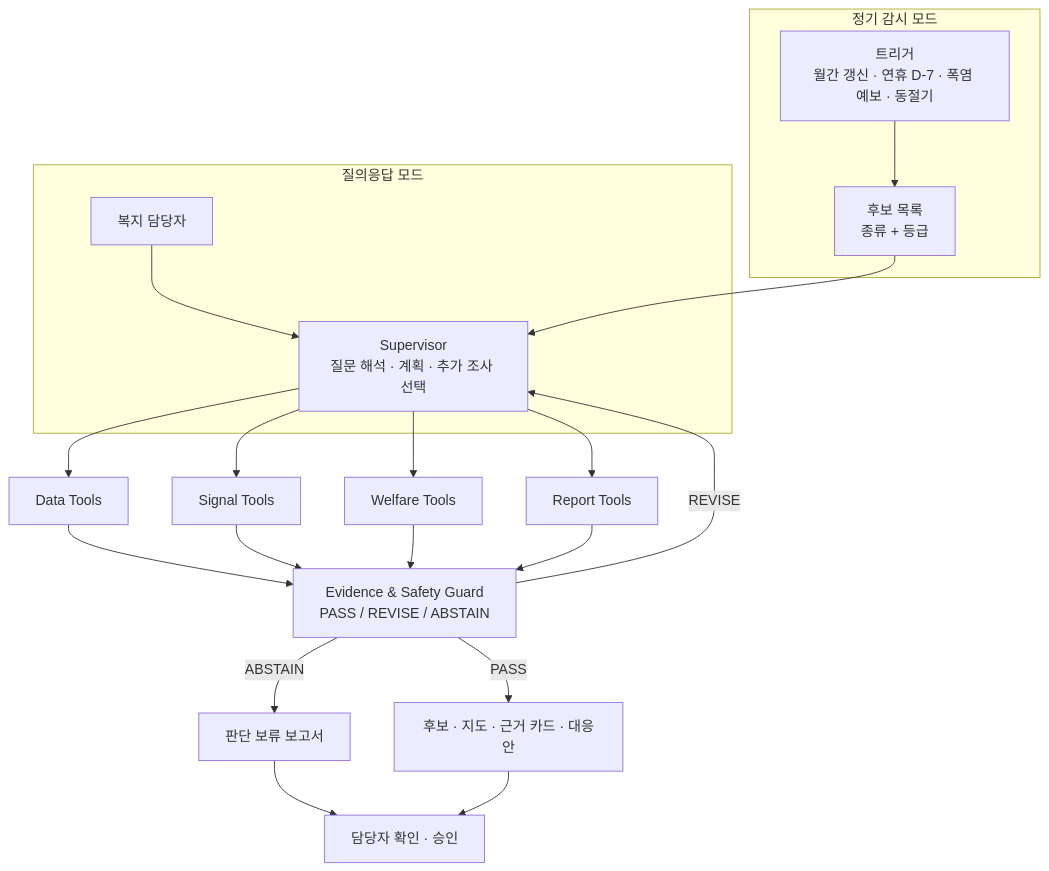
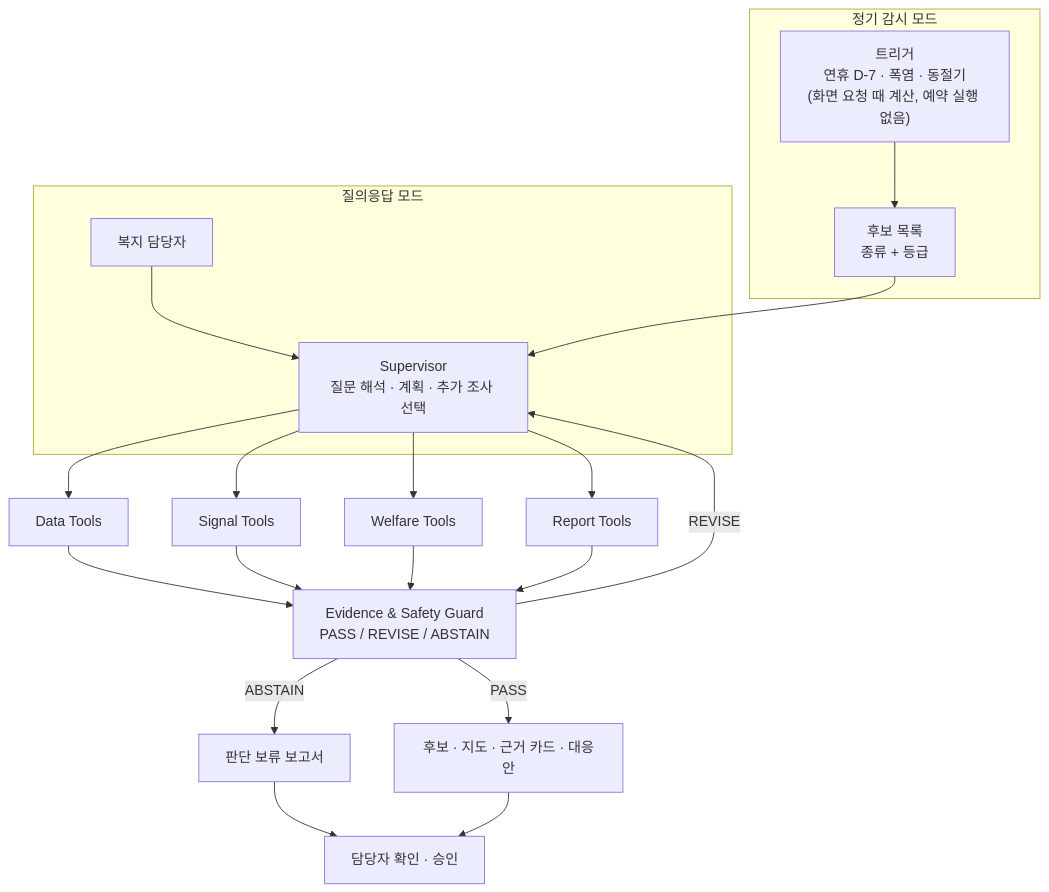
The diagram in docs/설계_문서.md (taeyeon715/BigDataContest_social-isolation-LINK-Radar), drawn with Mermaid before and after one commit. The commit also changed other lines of this file and 23 other files, not shown here.

````diff
--- a/docs/설계_문서.md
+++ b/docs/설계_문서.md
@@ -276,23 +276,23 @@
 ```mermaid
 flowchart TD
     subgraph BATCH["정기 감시 모드"]
-        SCH["트리거<br/>월간 갱신 · 연휴 D-7 · 폭염 예보 · 동절기"] --> REG["후보 목록<br/>종류 + 등급"]
+        SCH["트리거<br/>연휴 D-7 · 폭염 · 동절기<br/>(화면 요청 때 계산, 예약 실행 없음)"] --> REG["후보 목록<br/>종류 + 등급"]
     end
     subgraph QA["질의응답 모드"]
         U["복지 담당자"] --> S["Supervisor<br/>질문 해석 · 계획 · 추가 조사 선택"]
     end
     REG --> S
     S --> D["Data Tools"]
     S --> A["Signal Tools"]
     S --> W["Welfare Tools"]
     S --> R["Report Tools"]
     D --> G["Evidence & Safety Guard<br/>PASS / REVISE / ABSTAIN"]
     A --> G
     W --> G
     R --> G
     G -->|PASS| O["후보 · 지도 · 근거 카드 · 대응안"]
     G -->|REVISE| S
     G -->|ABSTAIN| AB["판단 보류 보고서"]
     AB --> H
     O --> H["담당자 확인 · 승인"]
 ```
````
